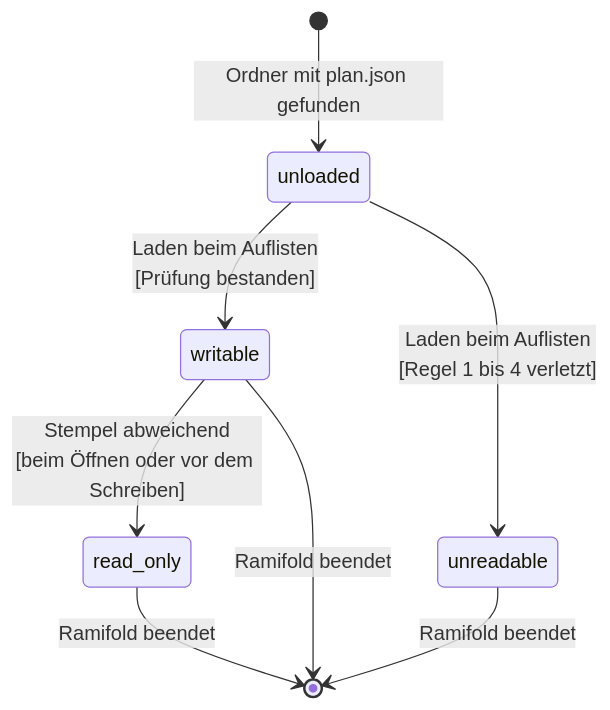
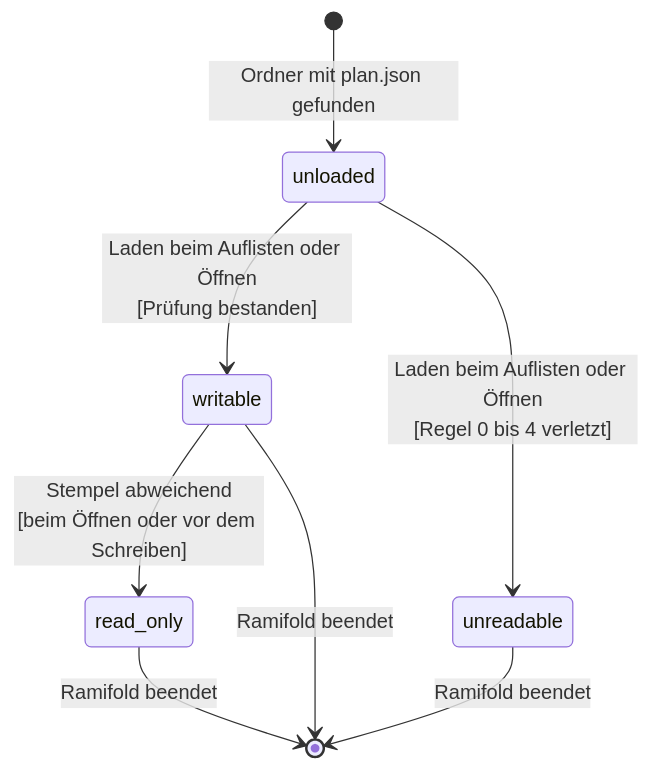
Before and after one commit to MarloNET/Ramifold: the fourth of 21 diagrams in docs/architecture/technical-specification.md, drawn with Mermaid. The commit also changed other lines of this file, not shown here.

````diff
--- a/docs/architecture/technical-specification.md
+++ b/docs/architecture/technical-specification.md
@@ -457,10 +470,10 @@
 ```mermaid
 stateDiagram-v2
   [*] --> unloaded: Ordner mit plan.json gefunden
-  unloaded --> writable: Laden beim Auflisten<br/>[Prüfung bestanden]
-  unloaded --> unreadable: Laden beim Auflisten<br/>[Regel 1 bis 4 verletzt]
+  unloaded --> writable: Laden beim Auflisten oder Öffnen<br/>[Prüfung bestanden]
+  unloaded --> unreadable: Laden beim Auflisten oder Öffnen<br/>[Regel 0 bis 4 verletzt]
   writable --> read_only: Stempel abweichend<br/>[beim Öffnen oder vor dem Schreiben]
   read_only --> [*]: Ramifold beendet
   unreadable --> [*]: Ramifold beendet
   writable --> [*]: Ramifold beendet
 ```
````
